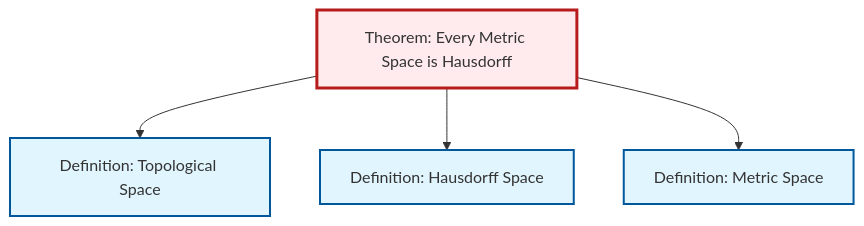
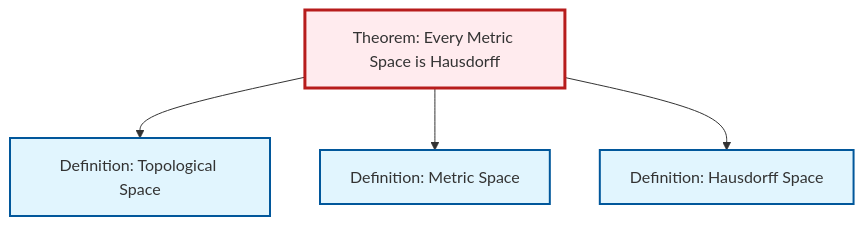
The diagram in output/mermaid/thm-metric-hausdorff.mermaid (RK0429/ModernMath), drawn with Mermaid before and after one commit. The commit also changed other lines of this file and 1569 other files, not shown here.

```diff
--- a/output/mermaid/thm-metric-hausdorff.mermaid
+++ b/output/mermaid/thm-metric-hausdorff.mermaid
@@ -1,15 +1,15 @@
 %%| fig-cap: "Local dependency graph"
 graph TD
     classDef definition fill:#e1f5fe,stroke:#01579b,stroke-width:2px
     classDef theorem fill:#f3e5f5,stroke:#4a148c,stroke-width:2px
     classDef axiom fill:#fff3e0,stroke:#e65100,stroke-width:2px
     classDef example fill:#e8f5e9,stroke:#1b5e20,stroke-width:2px
     classDef current fill:#ffebee,stroke:#b71c1c,stroke-width:3px
+    def-metric-space["Definition: Metric Space"]:::definition
+    def-topological-space["Definition: Topological Space"]:::definition
     def-hausdorff["Definition: Hausdorff Space"]:::definition
-    def-topological-space["Definition: Topological Space"]:::definition
     thm-metric-hausdorff["Theorem: Every Metric Space is Hausdorff"]:::theorem
-    def-metric-space["Definition: Metric Space"]:::definition
     thm-metric-hausdorff --> def-topological-space
+    thm-metric-hausdorff --> def-metric-space
     thm-metric-hausdorff --> def-hausdorff
-    thm-metric-hausdorff --> def-metric-space
     class thm-metric-hausdorff current
```
